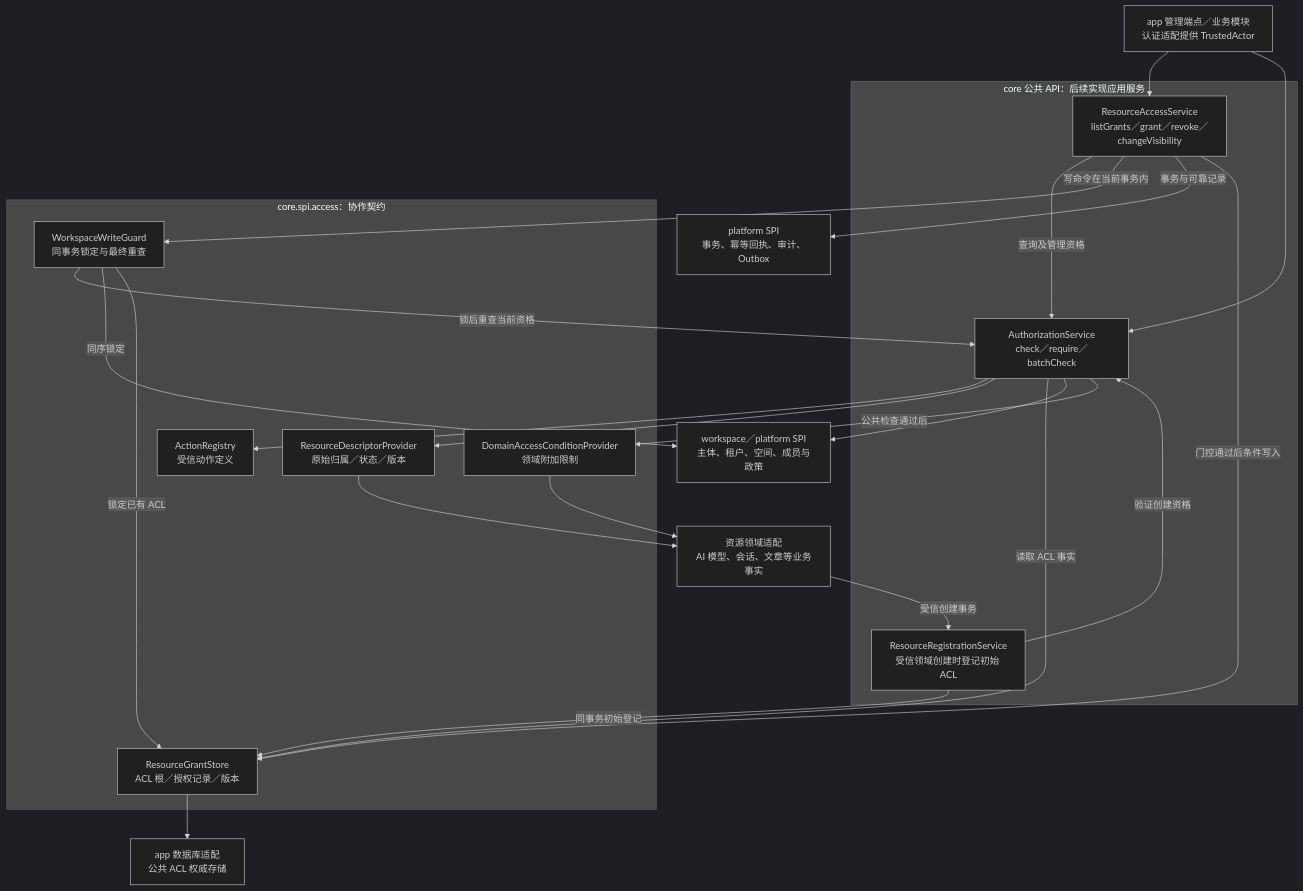
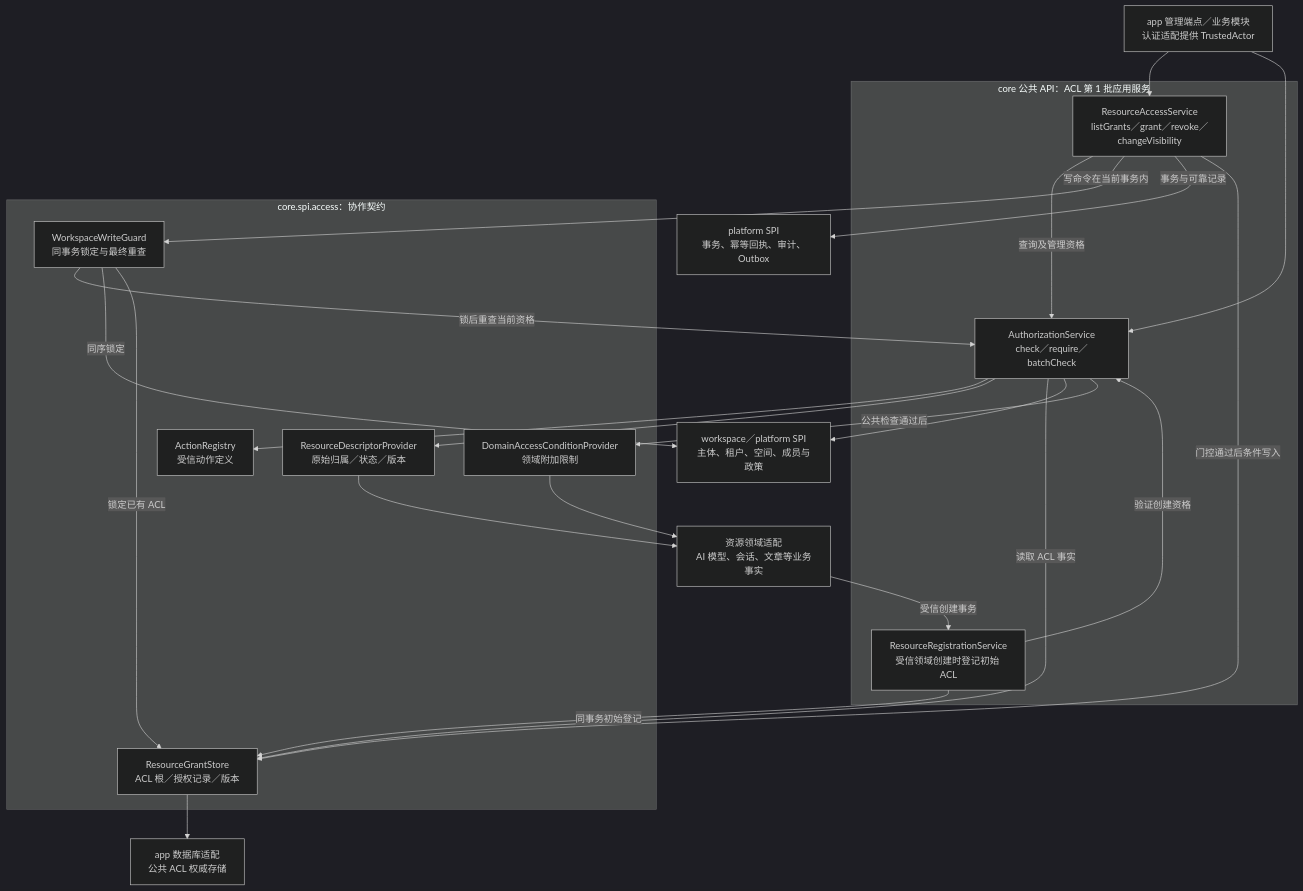
Before and after one commit to CYLJ126/ai-rich-text-editor: the seventh of 8 diagrams in ARTE 顶层需求及设计.md, drawn with Mermaid (dark theme). The commit also changed other lines of this file and 38 other files, not shown here.

````diff
--- a/ARTE 顶层需求及设计.md
+++ b/ARTE 顶层需求及设计.md
@@ -1651,40 +1658,40 @@
 ```mermaid
 flowchart TB
     Client["app 管理端点／业务模块<br/>认证适配提供 TrustedActor"]
-    subgraph PublicAPI["core 公共 API：后续实现应用服务"]
+    subgraph PublicAPI["core 公共 API：ACL 第 1 批应用服务"]
         Manage["ResourceAccessService<br/>listGrants／grant／revoke／changeVisibility"]
         Authorize["AuthorizationService<br/>check／require／batchCheck"]
         Register["ResourceRegistrationService<br/>受信领域创建时登记初始 ACL"]
     end
     subgraph AccessSPI["core.spi.access：协作契约"]
         Actions["ActionRegistry<br/>受信动作定义"]
         Descriptor["ResourceDescriptorProvider<br/>原始归属／状态／版本"]
         Conditions["DomainAccessConditionProvider<br/>领域附加限制"]
         Grants["ResourceGrantStore<br/>ACL 根／授权记录／版本"]
         Guard["WorkspaceWriteGuard<br/>同事务锁定与最终重查"]
     end
     Facts["workspace／platform SPI<br/>主体、租户、空间、成员与政策"]
     Atomic["platform SPI<br/>事务、幂等回执、审计、Outbox"]
     Domain["资源领域适配<br/>AI 模型、会话、文章等业务事实"]
     Database["app 数据库适配<br/>公共 ACL 权威存储"]
     Client --> Manage
     Client --> Authorize
     Domain -->|受信创建事务| Register
     Manage -->|查询及管理资格| Authorize
     Manage -->|写命令在当前事务内| Guard
     Manage -->|事务与可靠记录| Atomic
     Guard -->|锁后重查当前资格| Authorize
     Guard -->|同序锁定| Facts
     Guard -->|锁定已有 ACL| Grants
     Authorize --> Actions
     Authorize --> Descriptor
     Authorize -->|读取 ACL 事实| Grants
     Authorize --> Facts
     Authorize -->|公共检查通过后| Conditions
     Descriptor --> Domain
     Conditions --> Domain
     Manage -->|门控通过后条件写入| Grants
     Register -->|验证创建资格| Authorize
     Register -->|同事务初始登记| Grants
     Grants --> Database
 ```
````
